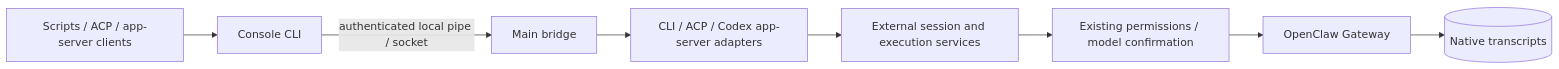
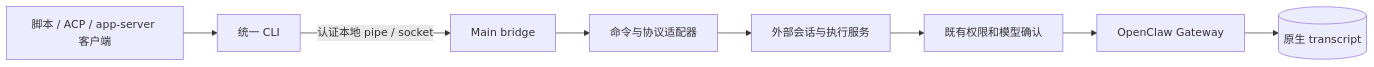
One commit to liangxhao/JustDo changed the diagram in docs/features/integrations/agent-cli.md. Above: the diagram before and after it, drawn with Mermaid. The commit also changed other lines of this file and 70 other files, not shown here.

Commit message:
docs: reorganize architecture, features, and plans

````diff
--- a/docs/features/integrations/agent-cli.md
+++ b/docs/features/integrations/agent-cli.md
@@ -84,10 +62,10 @@
 ```mermaid
 flowchart LR
-  Client[Scripts / ACP / app-server clients] --> Console[Console CLI]
-  Console -->|authenticated local pipe / socket| Bridge[Main bridge]
-  Bridge --> Commands[CLI / ACP / Codex app-server adapters]
-  Commands --> Sessions[External session and execution services]
-  Sessions --> Prepare[Existing permissions / model confirmation]
+  Client[脚本 / ACP / app-server 客户端] --> CLI[统一 CLI]
+  CLI -->|认证本地 pipe / socket| Bridge[Main bridge]
+  Bridge --> Adapter[命令与协议适配器]
+  Adapter --> Sessions[外部会话与执行服务]
+  Sessions --> Prepare[既有权限和模型确认]
   Prepare --> Gateway[OpenClaw Gateway]
-  Gateway --> History[(Native transcripts)]
+  Gateway --> History[(原生 transcript)]
 ```
````
